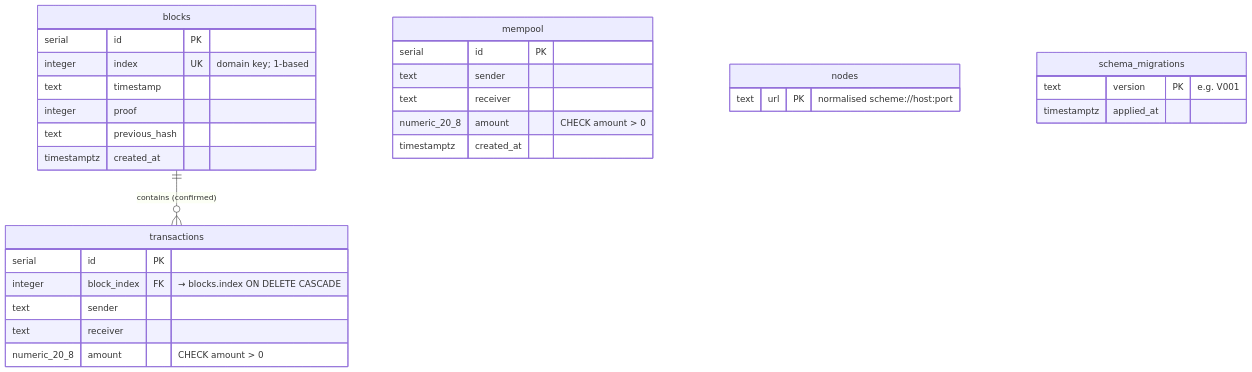
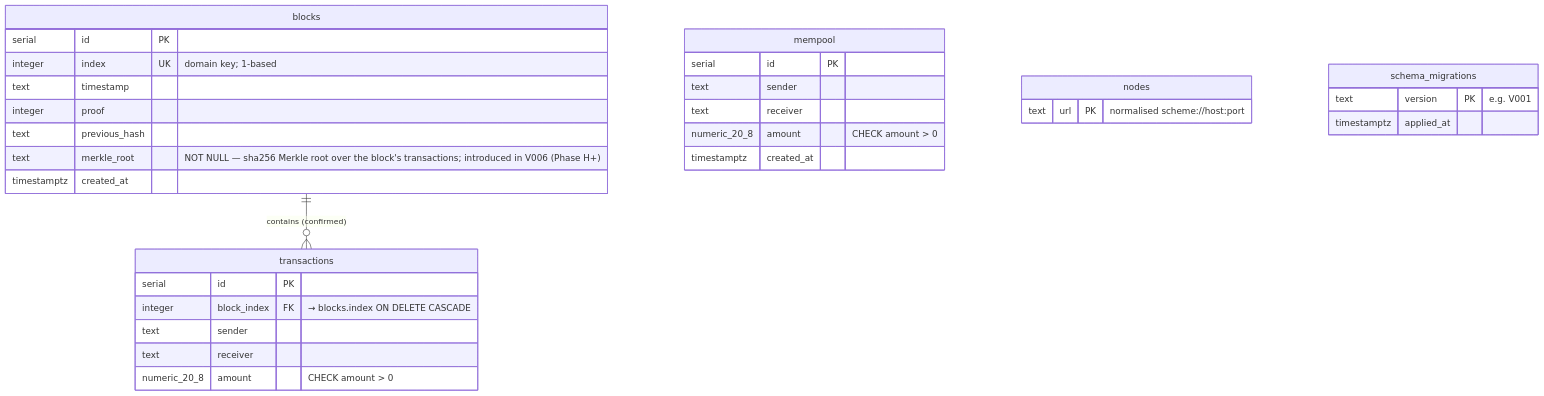
The first of 2 diagrams in docs/data-model.md (basic-blockchain/basic-blockchain-simulator), drawn with Mermaid before and after one commit. The commit also changed other lines of this file and 4 other files, not shown here.

````diff
--- a/docs/data-model.md
+++ b/docs/data-model.md
@@ -31,38 +39,39 @@
 ```mermaid
 erDiagram
     blocks {
         serial      id              PK
         integer     index           UK  "domain key; 1-based"
         text        timestamp
         integer     proof
         text        previous_hash
+        text        merkle_root         "NOT NULL — sha256 Merkle root over the block's transactions; introduced in V006 (Phase H+)"
         timestamptz created_at
     }
 
     transactions {
         serial          id          PK
         integer         block_index FK  "→ blocks.index ON DELETE CASCADE"
         text            sender
         text            receiver
         numeric_20_8    amount          "CHECK amount > 0"
     }
 
     mempool {
         serial          id          PK
         text            sender
         text            receiver
         numeric_20_8    amount          "CHECK amount > 0"
         timestamptz     created_at
     }
 
     nodes {
         text    url     PK  "normalised scheme://host:port"
     }
 
     schema_migrations {
         text        version     PK  "e.g. V001"
         timestamptz applied_at
     }
 
     blocks ||--o{ transactions : "contains (confirmed)"
 ```
````
